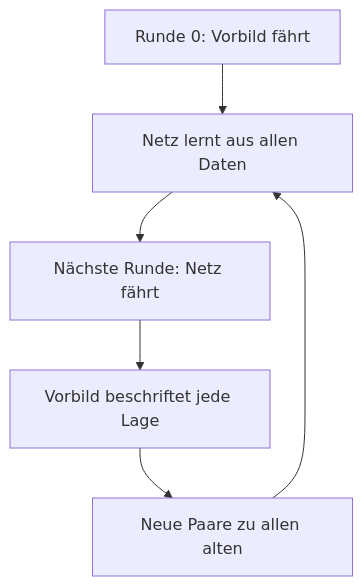
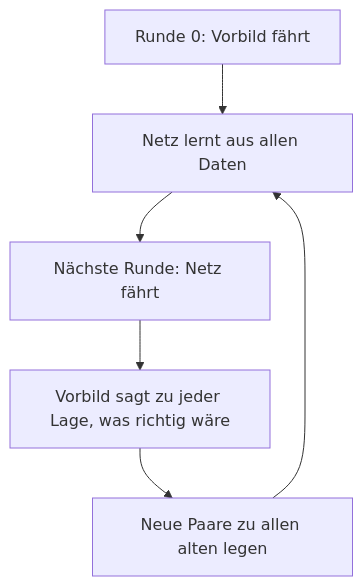
Before and after one commit to ChristianHohlfeld/kernengine.de: the second of 5 diagrams in kern/docs/buch-gruen/A-grundlagen-neuronale-netze.md, drawn with Mermaid. The commit also changed other lines of this file and 2 other files, not shown here.

````diff
--- a/kern/docs/buch-gruen/A-grundlagen-neuronale-netze.md
+++ b/kern/docs/buch-gruen/A-grundlagen-neuronale-netze.md
@@ -315,8 +407,8 @@
 ```mermaid
 flowchart TD
   A["Runde 0: Vorbild fährt"] --> F["Netz lernt aus allen Daten"]
   F --> R["Nächste Runde: Netz fährt"]
-  R --> L["Vorbild beschriftet jede Lage"]
-  L --> D["Neue Paare zu allen alten"]
+  R --> L["Vorbild sagt zu jeder Lage, was richtig wäre"]
+  L --> D["Neue Paare zu allen alten legen"]
   D --> F
 ```
````
